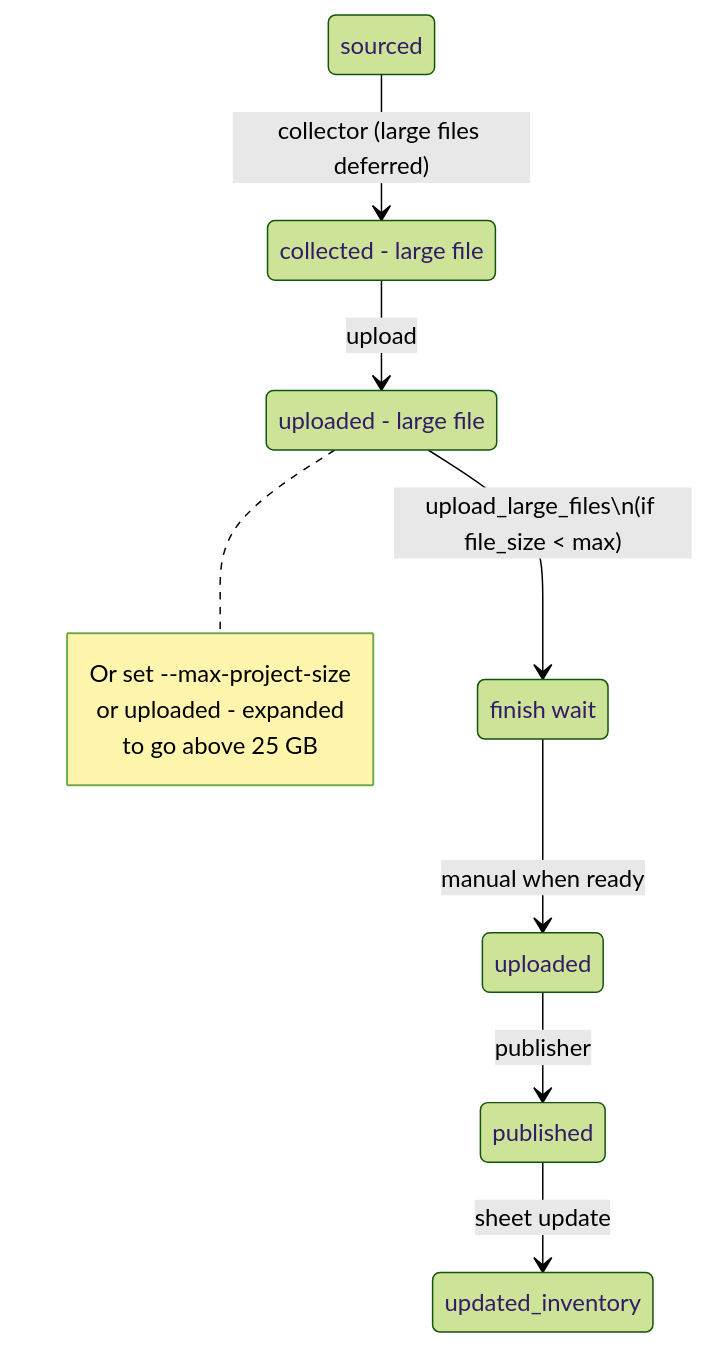
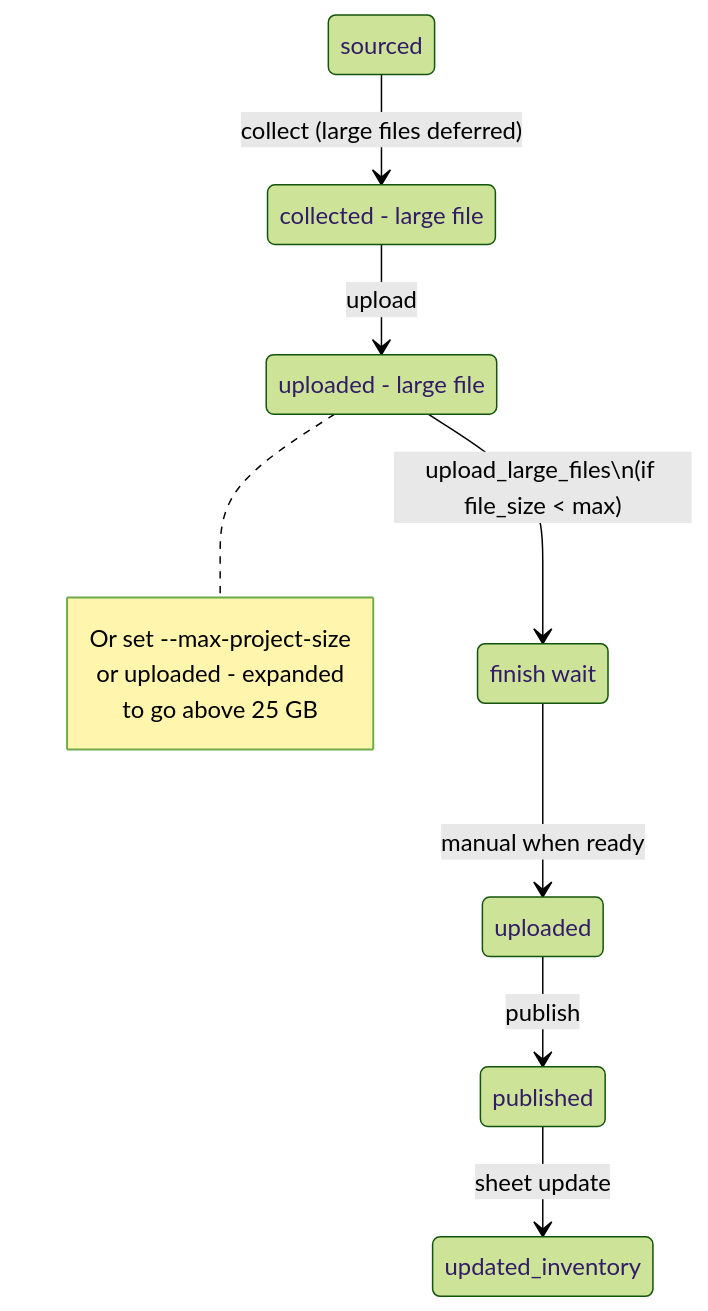
One commit to mkraley/DRPPipeline changed the third of 6 diagrams in docs/Status.md. Above: the diagram before and after it, drawn with Mermaid (forest theme). The commit also changed other lines of this file and 48 other files, not shown here.

````diff
--- a/docs/Status.md
+++ b/docs/Status.md
@@ -131,18 +130,18 @@
 ```mermaid
 stateDiagram-v2
-  sourced --> collected_lf: collector (large files deferred)
+  sourced --> collected_lf: collect (large files deferred)
   collected_lf: collected - large file
   collected_lf --> uploaded_lf: upload
   uploaded_lf: uploaded - large file
   uploaded_lf --> finish_wait: upload_large_files\n(if file_size < max)
   finish_wait: finish wait
   finish_wait --> uploaded: manual when ready
-  uploaded --> published: publisher
+  uploaded --> published: publish
   published --> updated_inventory: sheet update
 
   note right of uploaded_lf
     Or set --max-project-size
     or uploaded - expanded
     to go above 25 GB
   end note
 ```
````
